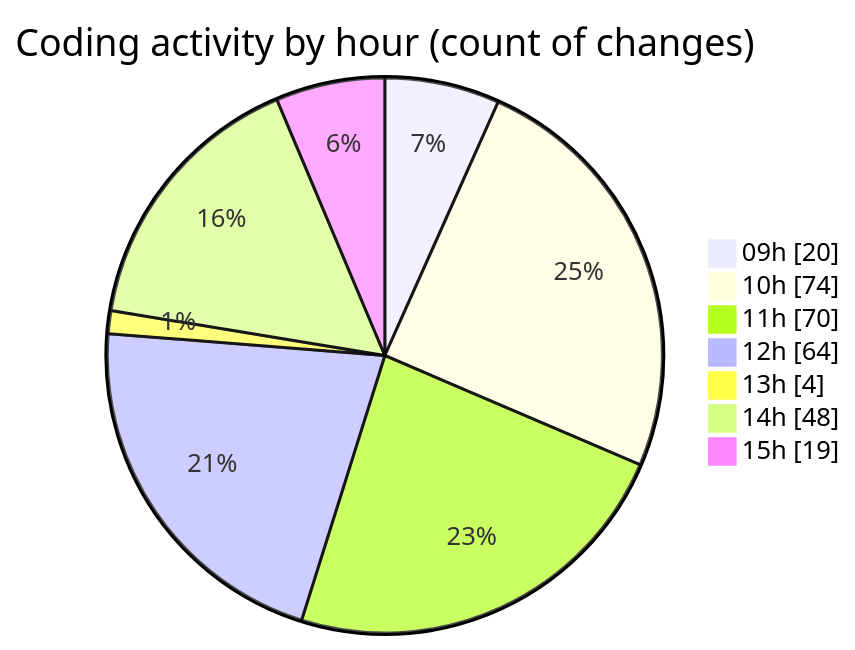
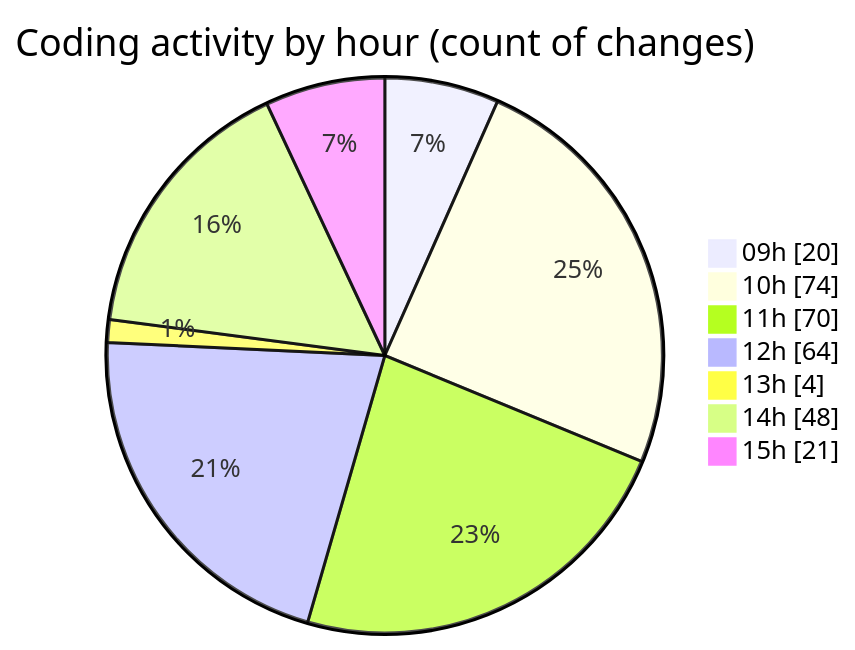
One commit to CELIANVF/code-tracking changed the second of 2 diagrams in 2025-06-06/ecodeli-1/README.md. Above: the diagram before and after it, drawn with Mermaid. The commit also changed other lines of this file and 1 other file, not shown here.

````diff
--- a/2025-06-06/ecodeli-1/README.md
+++ b/2025-06-06/ecodeli-1/README.md
@@ -107,11 +107,11 @@
 ```mermaid
 pie showData
 title Coding activity by hour (count of changes)
 "09h" : 20
 "10h" : 74
 "11h" : 70
 "12h" : 64
 "13h" : 4
 "14h" : 48
-"15h" : 19
+"15h" : 21
 ```
````
